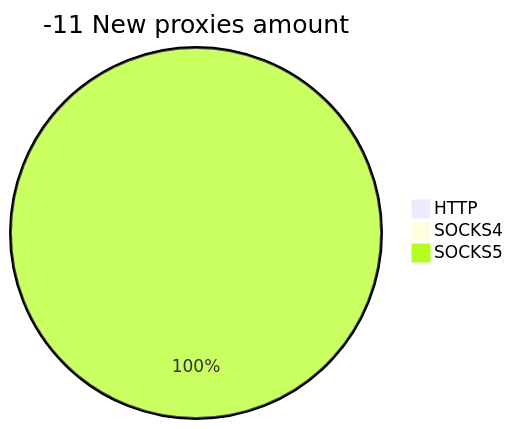
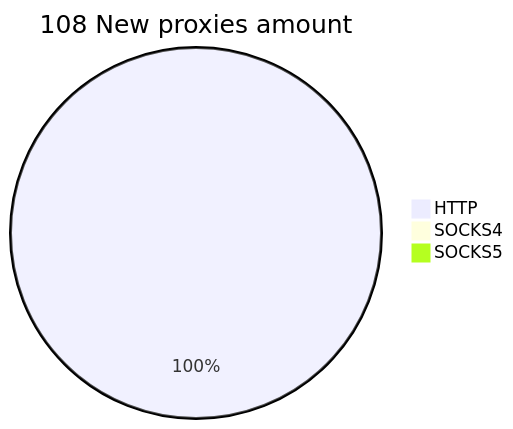
One commit to cutipu/proxylist changed the second of 2 diagrams in README.md. Above: the diagram before and after it, drawn with Mermaid. The commit also changed other lines of this file, not shown here.

````diff
--- a/README.md
+++ b/README.md
@@ -10,6 +10,6 @@
 ```mermaid
-pie title -11 New proxies amount
-    "HTTP" : 0
+pie title 108 New proxies amount
+    "HTTP" : 110
     "SOCKS4" : 0
-    "SOCKS5" : 2
+    "SOCKS5" : 0
 ```
````
